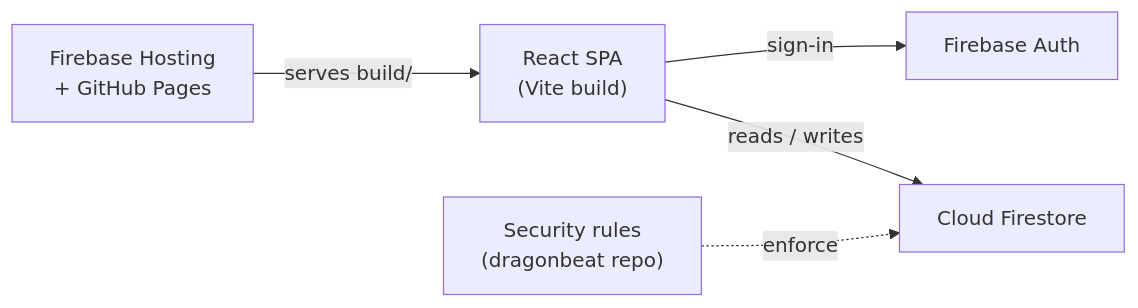
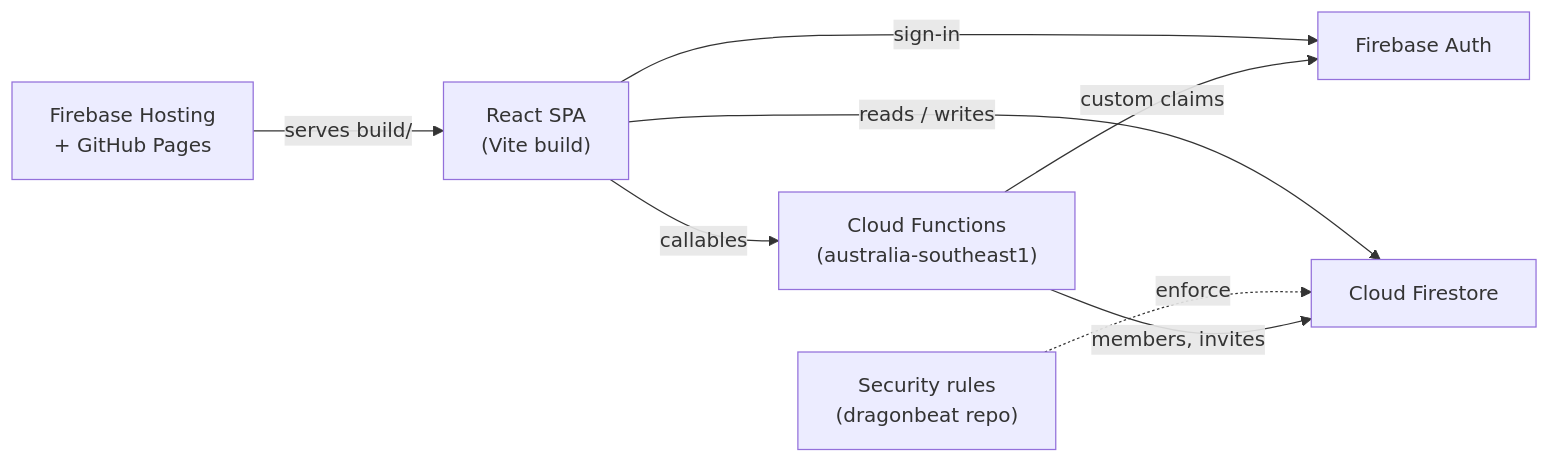
One commit to dyordsabuzo/training-planner changed the first of 2 diagrams in ARCHITECTURE.md. Above: the diagram before and after it, drawn with Mermaid. The commit also changed other lines of this file and 14 other files, not shown here.

````diff
--- a/ARCHITECTURE.md
+++ b/ARCHITECTURE.md
@@ -7,7 +9,10 @@
 ```mermaid
 flowchart LR
   Browser["React SPA<br/>(Vite build)"] -->|sign-in| Auth["Firebase Auth"]
   Browser -->|reads / writes| Firestore["Cloud Firestore"]
   Hosting["Firebase Hosting<br/>+ GitHub Pages"] -->|serves build/| Browser
   Rules["Security rules<br/>(dragonbeat repo)"] -.->|enforce| Firestore
+  Browser -->|callables| Functions["Cloud Functions<br/>(australia-southeast1)"]
+  Functions -->|members, invites| Firestore
+  Functions -->|custom claims| Auth
 ```
````
